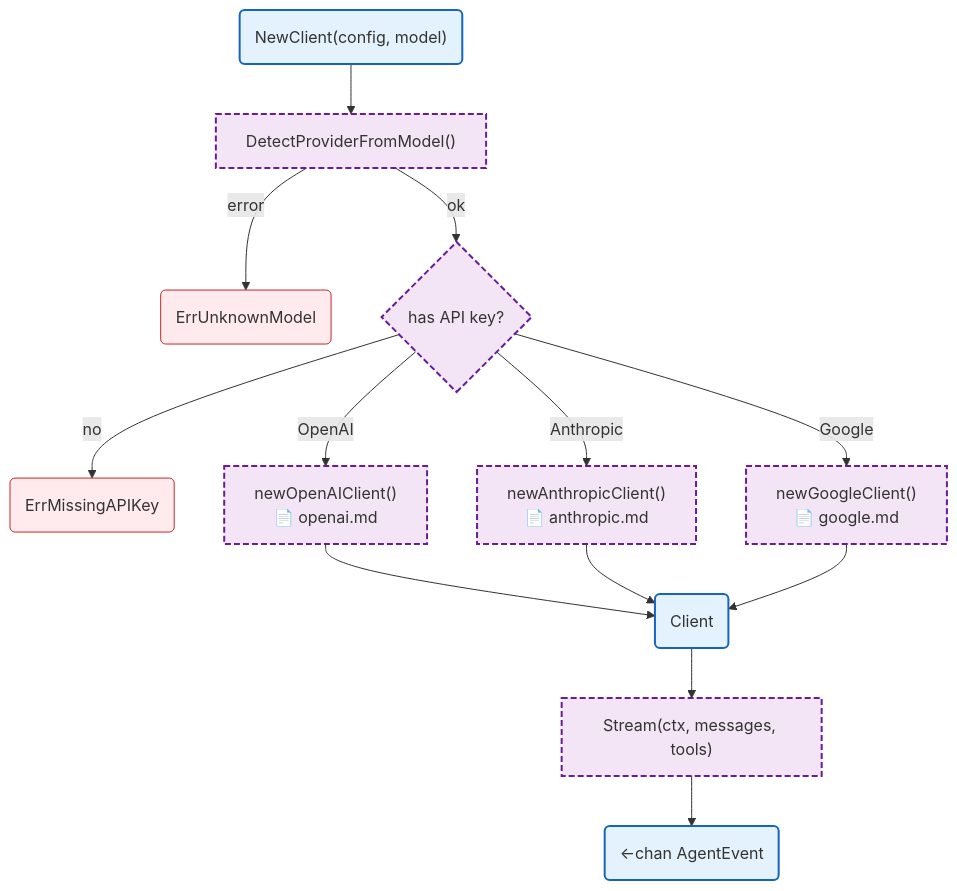
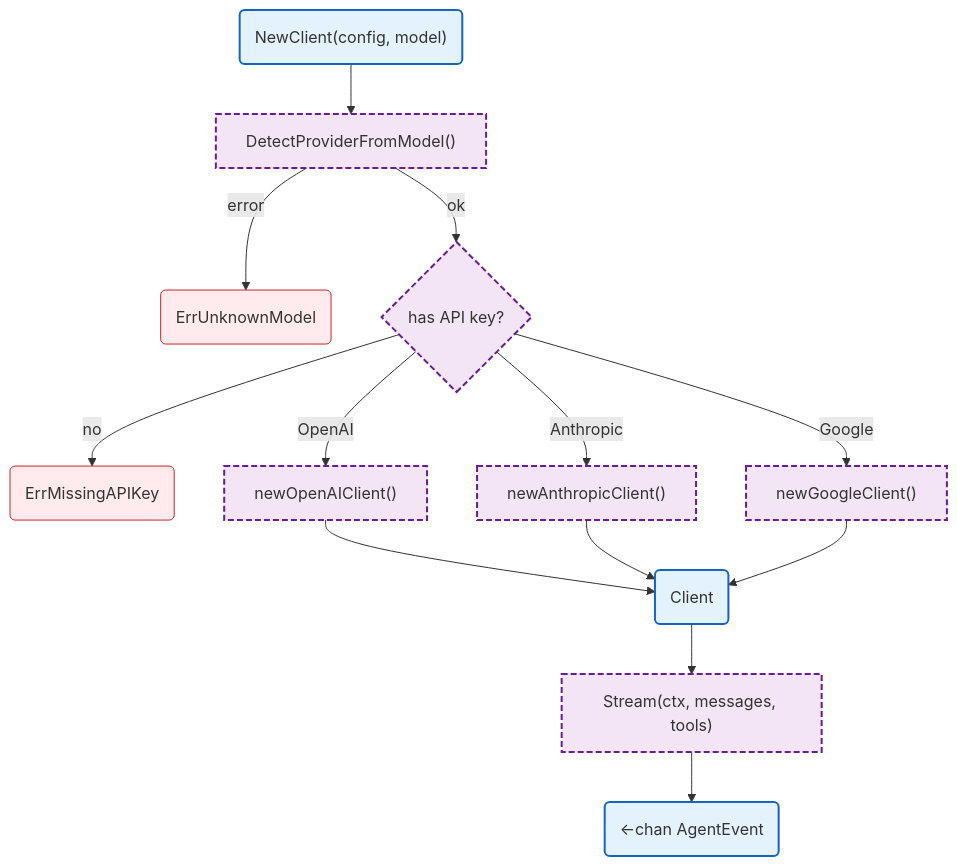
Before and after one commit to radch-ai/ava: the diagram in docs/internal/llm.md, drawn with Mermaid. The commit also changed 8 other files, not shown here.

````diff
--- a/docs/internal/llm.md
+++ b/docs/internal/llm.md
@@ -7,25 +7,22 @@
 ```mermaid
 flowchart TB
     Start("NewClient(config, model)") --> DetectProvider["DetectProviderFromModel()"]
     DetectProvider -->|error| ErrUnknown("ErrUnknownModel")
     DetectProvider -->|ok| CheckKey{has API key?}
     CheckKey -->|no| ErrMissing("ErrMissingAPIKey")
-    CheckKey -->|OpenAI| CreateOpenAI["newOpenAIClient()
-    📄 openai.md"]
-    CheckKey -->|Anthropic| CreateAnthropic["newAnthropicClient()
-    📄 anthropic.md"]
-    CheckKey -->|Google| CreateGoogle["newGoogleClient()
-    📄 google.md"]
+    CheckKey -->|OpenAI| CreateOpenAI["newOpenAIClient()"]
+    CheckKey -->|Anthropic| CreateAnthropic["newAnthropicClient()"]
+    CheckKey -->|Google| CreateGoogle["newGoogleClient()"]
     CreateOpenAI & CreateAnthropic & CreateGoogle --> Client("Client")
     Client --> Stream["Stream(ctx, messages, tools)"]
     Stream --> Events("<-chan AgentEvent")
 
     classDef mainFn fill:#e3f2fd,stroke:#1565c0,stroke-width:2px
     classDef internalFn fill:#f3e5f5,stroke:#6a1b9a,stroke-width:2px,stroke-dasharray:6 3
     classDef localPkgs fill:#fff8e1,stroke:#f9a825,stroke-width:1.5px,stroke-dasharray:4 2
     classDef errorFlow fill:#ffebee,stroke:#c62828,stroke-width:1px
 
     class Start,Client,Events mainFn
     class DetectProvider,CheckKey,CreateOpenAI,CreateAnthropic,CreateGoogle,Stream internalFn
     class ErrUnknown,ErrMissing errorFlow
 ```
````
